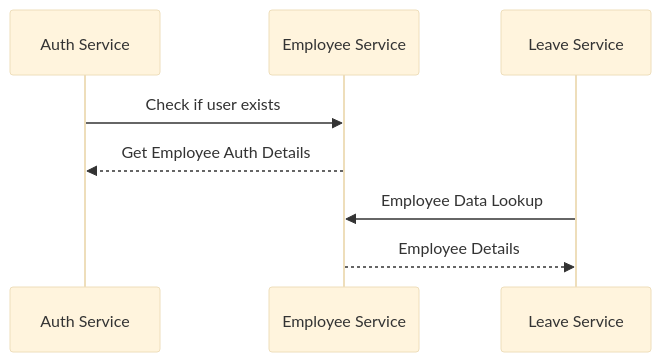
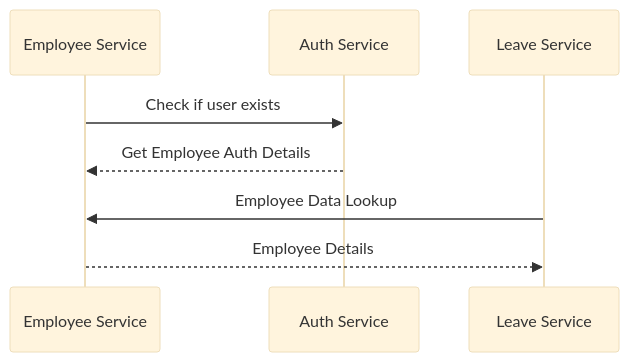
Before and after one commit to sahilsoni432/leave-management-system: the third of 5 diagrams in docs/architecture.md, drawn with Mermaid (base theme). The commit also changed other lines of this file, not shown here.

Commit message:
Added minor documentation fix

````diff
--- a/docs/architecture.md
+++ b/docs/architecture.md
@@ -37,8 +37,8 @@
 ```mermaid
 sequenceDiagram
-    Auth Service->>Employee Service: Check if user exists
-    Employee Service-->>Auth Service: Get Employee Auth Details
+    Employee Service->>Auth Service: Check if user exists
+    Auth Service-->>Employee Service: Get Employee Auth Details
  
     Leave Service->>Employee Service: Employee Data Lookup
     Employee Service-->>Leave Service: Employee Details
 ```
````
